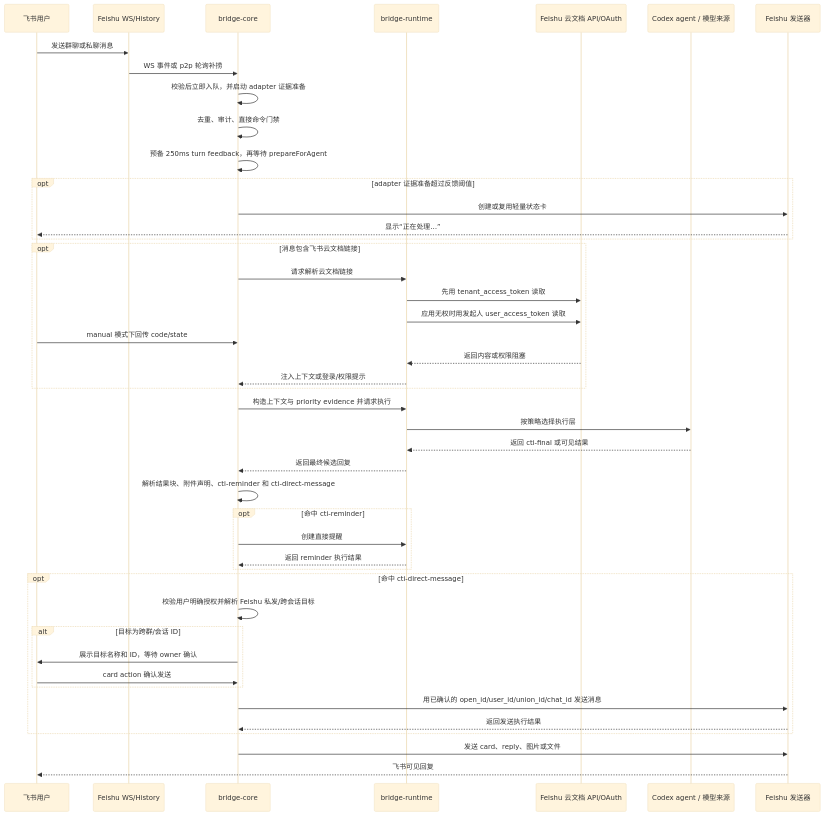
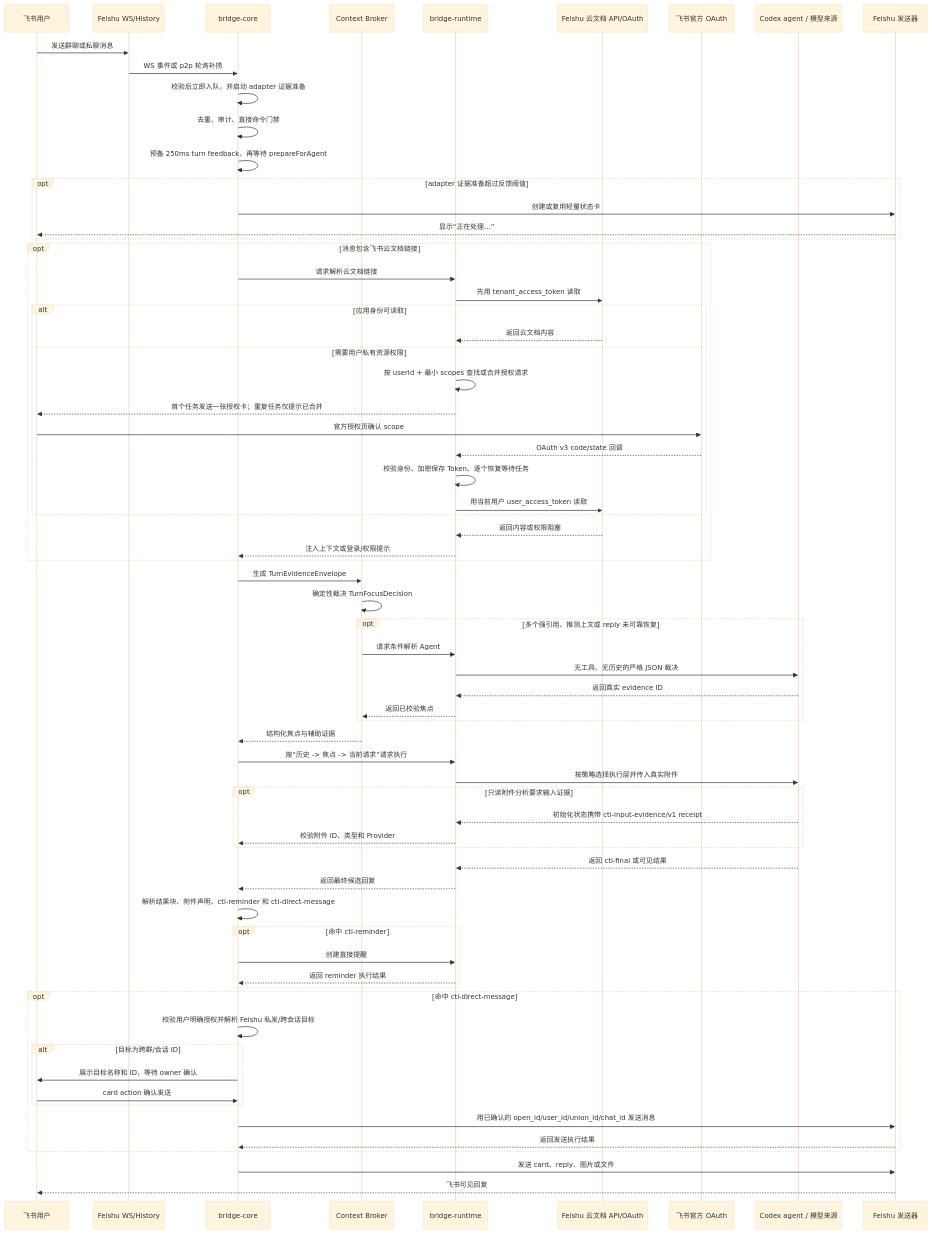
One commit to dddfuxi/codex-im-suite changed the fifth of 11 diagrams in docs/PROJECT-ARCHITECTURE.md. Above: the diagram before and after it, drawn with Mermaid (base theme). The commit also changed other lines of this file and 41 other files, not shown here.

````diff
--- a/docs/PROJECT-ARCHITECTURE.md
+++ b/docs/PROJECT-ARCHITECTURE.md
@@ -220,48 +222,71 @@
 ```mermaid
 sequenceDiagram
   participant User as 飞书用户
   participant Feishu as Feishu WS/History
   participant Core as bridge-core
+  participant Context as Context Broker
   participant Runtime as bridge-runtime
   participant Cloud as Feishu 云文档 API/OAuth
+  participant OAuth as 飞书官方 OAuth
   participant Provider as Codex agent / 模型来源
   participant Sender as Feishu 发送器
 
   User->>Feishu: 发送群聊或私聊消息
   Feishu->>Core: WS 事件或 p2p 轮询补捞
   Core->>Core: 校验后立即入队，并启动 adapter 证据准备
   Core->>Core: 去重、审计、直接命令门禁
   Core->>Core: 预备 250ms turn feedback，再等待 prepareForAgent
   opt adapter 证据准备超过反馈阈值
     Core->>Sender: 创建或复用轻量状态卡
     Sender-->>User: 显示“正在处理…”
   end
   opt 消息包含飞书云文档链接
     Core->>Runtime: 请求解析云文档链接
     Runtime->>Cloud: 先用 tenant_access_token 读取
-    Runtime->>Cloud: 应用无权时用发起人 user_access_token 读取
-    User->>Core: manual 模式下回传 code/state
+    alt 应用身份可读取
+      Cloud-->>Runtime: 返回云文档内容
+    else 需要用户私有资源权限
+      Runtime->>Runtime: 按 userId + 最小 scopes 查找或合并授权请求
+      Runtime-->>User: 首个任务发送一张授权卡；重复任务仅提示已合并
+      User->>OAuth: 官方授权页确认 scope
+      OAuth-->>Runtime: OAuth v3 code/state 回调
+      Runtime->>Runtime: 校验身份、加密保存 Token、逐个恢复等待任务
+      Runtime->>Cloud: 用当前用户 user_access_token 读取
+    end
     Cloud-->>Runtime: 返回内容或权限阻塞
     Runtime-->>Core: 注入上下文或登录/权限提示
   end
-  Core->>Runtime: 构造上下文与 priority evidence 并请求执行
-  Runtime->>Provider: 按策略选择执行层
+  Core->>Context: 生成 TurnEvidenceEnvelope
+  Context->>Context: 确定性裁决 TurnFocusDecision
+  opt 多个强引用、推测上文或 reply 未可靠恢复
+    Context->>Runtime: 请求条件解析 Agent
+    Runtime->>Provider: 无工具、无历史的严格 JSON 裁决
+    Provider-->>Runtime: 返回真实 evidence ID
+    Runtime-->>Context: 返回已校验焦点
+  end
+  Context-->>Core: 结构化焦点与辅助证据
+  Core->>Runtime: 按“历史 -> 焦点 -> 当前请求”请求执行
+  Runtime->>Provider: 按策略选择执行层并传入真实附件
+  opt 只读附件分析要求输入证据
+    Provider-->>Runtime: 初始化状态携带 cti-input-evidence/v1 receipt
+    Runtime-->>Core: 校验附件 ID、类型和 Provider
+  end
   Provider-->>Runtime: 返回 cti-final 或可见结果
   Runtime-->>Core: 返回最终候选回复
   Core->>Core: 解析结果块、附件声明、cti-reminder 和 cti-direct-message
   opt 命中 cti-reminder
     Core->>Runtime: 创建直接提醒
     Runtime-->>Core: 返回 reminder 执行结果
   end
   opt 命中 cti-direct-message
     Core->>Core: 校验用户明确授权并解析 Feishu 私发/跨会话目标
     alt 目标为跨群/会话 ID
       Core->>User: 展示目标名称和 ID，等待 owner 确认
       User->>Core: card action 确认发送
     end
     Core->>Sender: 用已确认的 open_id/user_id/union_id/chat_id 发送消息
     Sender-->>Core: 返回发送执行结果
   end
   Core->>Sender: 发送 card、reply、图片或文件
   Sender-->>User: 飞书可见回复
 ```
````
